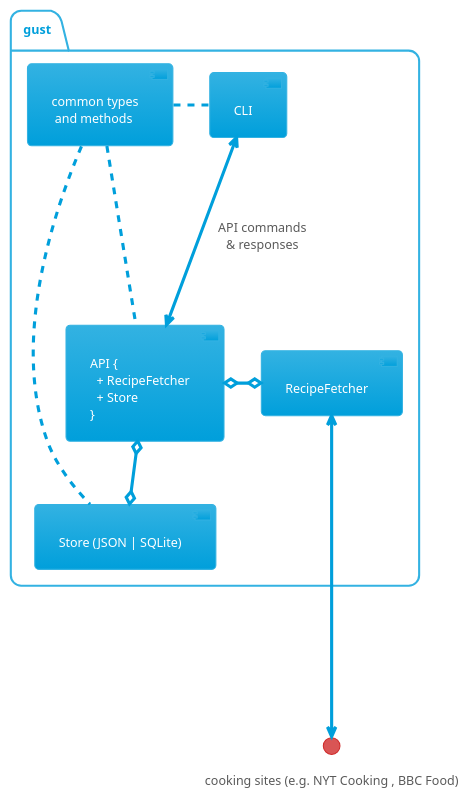
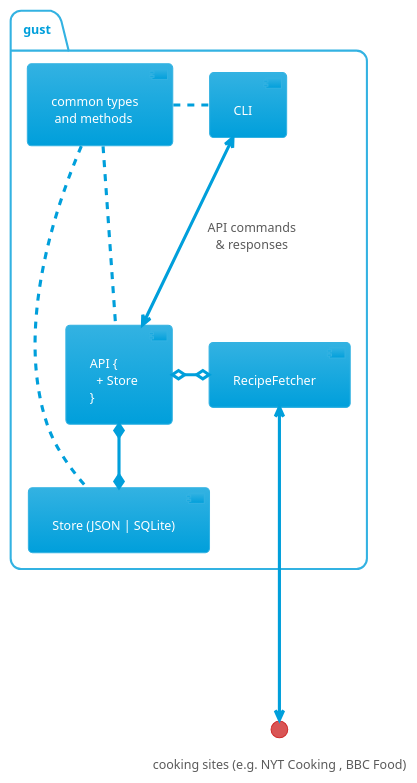
The diagram in docs/diagrams/design.puml (suchapalaver/gust), drawn with PlantUML before and after one commit. The commit also changed 1 other file, not shown here.

Commit message:
docs: fix relationships on design diagram

```diff
--- a/docs/diagrams/design.puml
+++ b/docs/diagrams/design.puml
@@ -1,17 +1,17 @@
 @startuml design
 
 !theme bluegray
 skinparam classFontColor darkSlateGray
 
 package "gust" {
-  [API {\n  + RecipeFetcher\n  + Store\n}] o-down-o [Store (JSON | SQLite)]
-  [CLI] <---> [API {\n  + RecipeFetcher\n  + Store\n}] : API commands\n& responses
-  [common types\n and methods] .right. [API {\n  + RecipeFetcher\n  + Store\n}]
+  [API {\n  + Store\n}] *-down-* [Store (JSON | SQLite)]
+  [CLI] <---> [API {\n  + Store\n}] : API commands\n& responses
+  [common types\n and methods] .right. [API {\n  + Store\n}]
   [common types\n and methods] .right. [CLI]
   [common types\n and methods] .right. [Store (JSON | SQLite)]
-  [API {\n  + RecipeFetcher\n  + Store\n}] o-right-o [RecipeFetcher]
+  [API {\n  + Store\n}] o-right-o [RecipeFetcher]
 }
 interface "cooking sites (e.g. NYT Cooking , BBC Food)" as ext
 [RecipeFetcher] <--down--> ext
 
 @enduml
```
